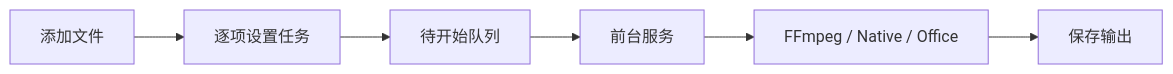
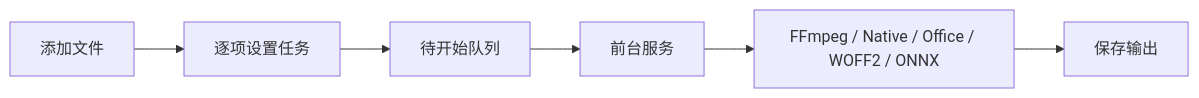
One commit to Jasonzhu1207/ZenConverter changed the diagram in README_zh.md. Above: the diagram before and after it, drawn with Mermaid. The commit also changed other lines of this file and 1 other file, not shown here.

````diff
--- a/README_zh.md
+++ b/README_zh.md
@@ -71,11 +73,11 @@
 ```mermaid
 flowchart LR
     Pick["添加文件"]
     Configure["逐项设置任务"]
     Queue["待开始队列"]
     Service["前台服务"]
-    Engine["FFmpeg / Native / Office"]
+    Engine["FFmpeg / Native / Office / WOFF2 / ONNX"]
     Output["保存输出"]
 
     Pick --> Configure --> Queue --> Service --> Engine --> Output
 ```
````
